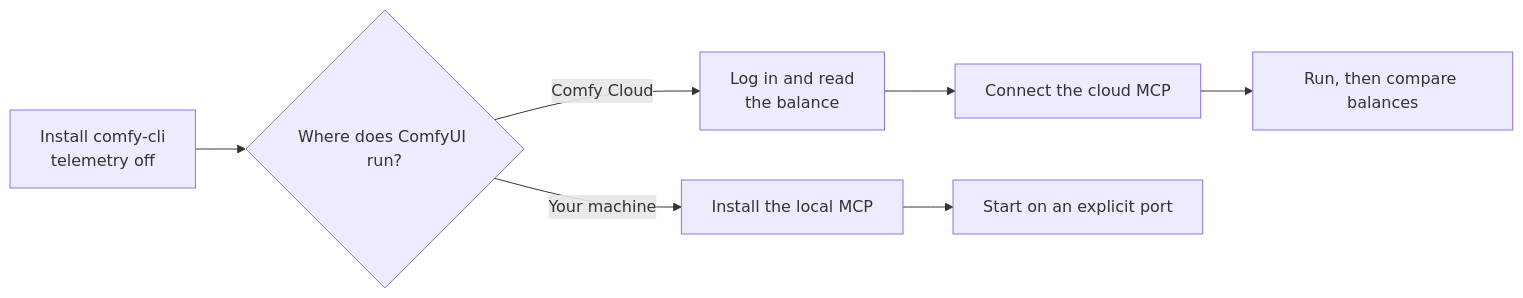
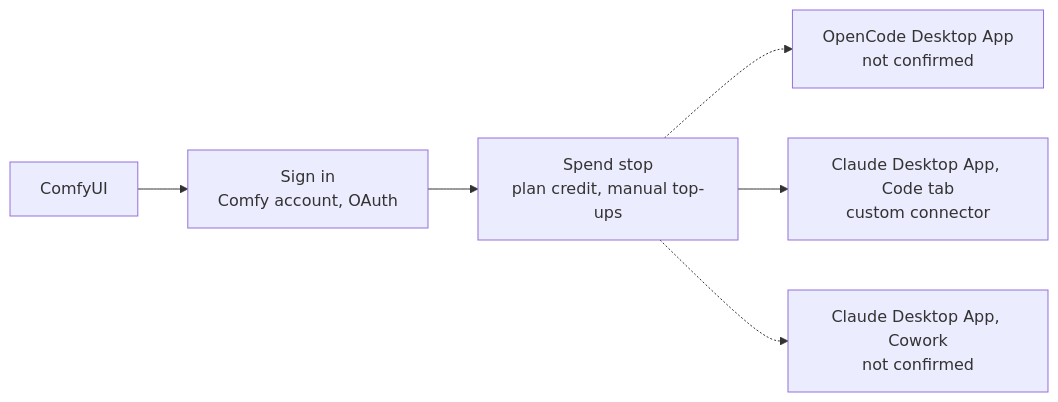
One commit to SoulCraft-Org/compute-crafter changed the diagram in guides/comfyui.md. Above: the diagram before and after it, drawn with Mermaid. The commit also changed other lines of this file and 14 other files, not shown here.

First line of the commit message:
🎨 Guides batch 3: visual first, two desktop apps (RunPod, AMD, Google Cloud, ComfyUI, local models)

````diff
--- a/guides/comfyui.md
+++ b/guides/comfyui.md
@@ -9,6 +5,7 @@
 ```mermaid
 flowchart LR
-  I[Install comfy-cli<br/>telemetry off] --> W{Where does ComfyUI run?}
-  W -->|Comfy Cloud| L[Log in and read<br/>the balance] --> M[Connect the cloud MCP] --> R[Run, then compare balances]
-  W -->|Your machine| S[Install the local MCP] --> P[Start on an explicit port]
+  P[ComfyUI] --> S[Sign in<br/>Comfy account, OAuth] --> G[Spend stop<br/>plan credit, manual top-ups]
+  G -.-> O[OpenCode Desktop App<br/>not confirmed]
+  G --> C[Claude Desktop App, Code tab<br/>custom connector]
+  G -.-> W[Claude Desktop App, Cowork<br/>not confirmed]
 ```
````
